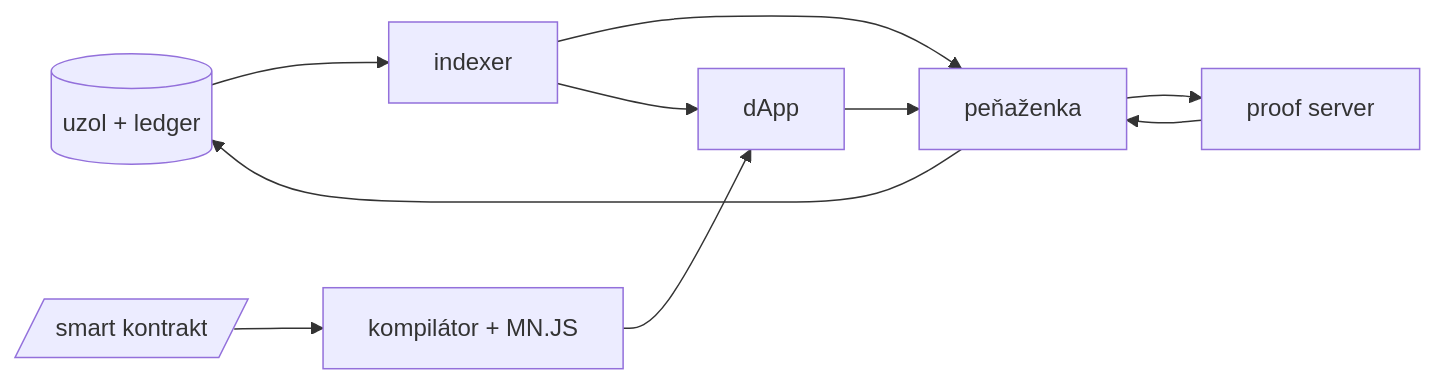
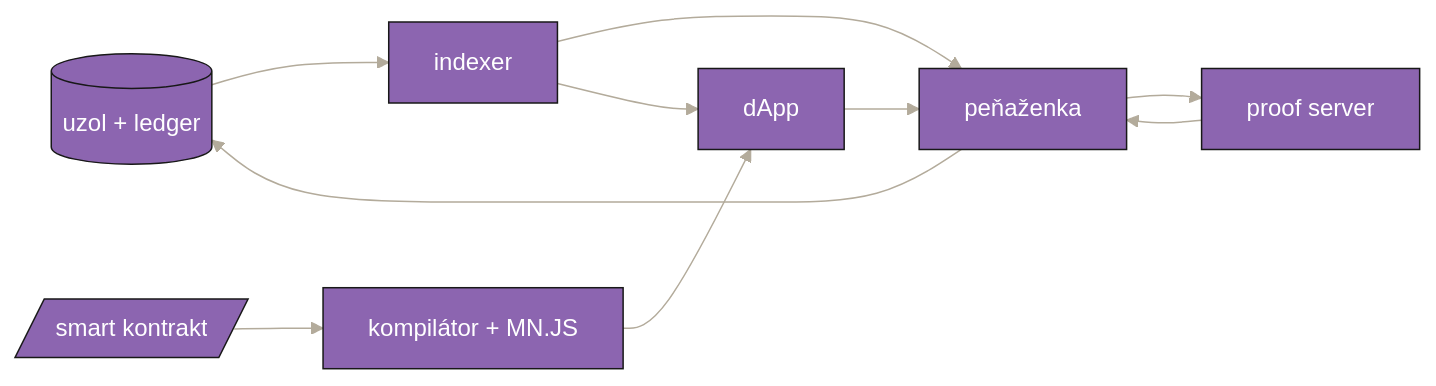
One commit to MonikaJassova/monikajassova.github.io changed the first of 2 diagrams in posts/testovanie-blockchainu.md. Above: the diagram before and after it, drawn with Mermaid. The commit also changed other lines of this file and 1 other file, not shown here.

````diff
--- a/posts/testovanie-blockchainu.md
+++ b/posts/testovanie-blockchainu.md
@@ -33,9 +47,20 @@
 ```mermaid
+---
+config:
+  theme: 'base'
+  themeVariables:
+    primaryColor: '#8c65b0ff'
+    primaryTextColor: '#fff'
+    primaryBorderColor: '#181818'
+    lineColor: '#b3ab9bff'
+    secondaryColor: '#79b473'
+    tertiaryColor: '#fff'
+---
 flowchart LR
     node[("uzol + ledger")] --> indexer[indexer] --> wallet[peňaženka] --> proof[proof server]
     wallet --> node
     proof --> wallet
     contract[/smart kontrakt/] --> compiler[kompilátor + MN.JS] --> dApp[dApp]
     dApp --> wallet
     indexer --> dApp
 ```
````
